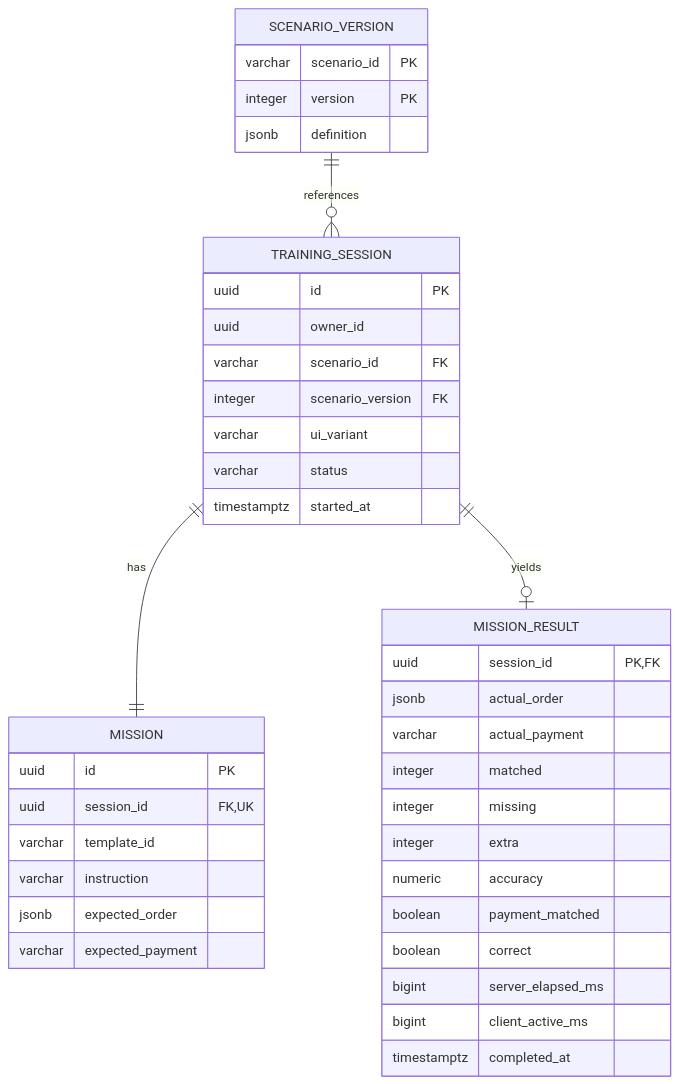
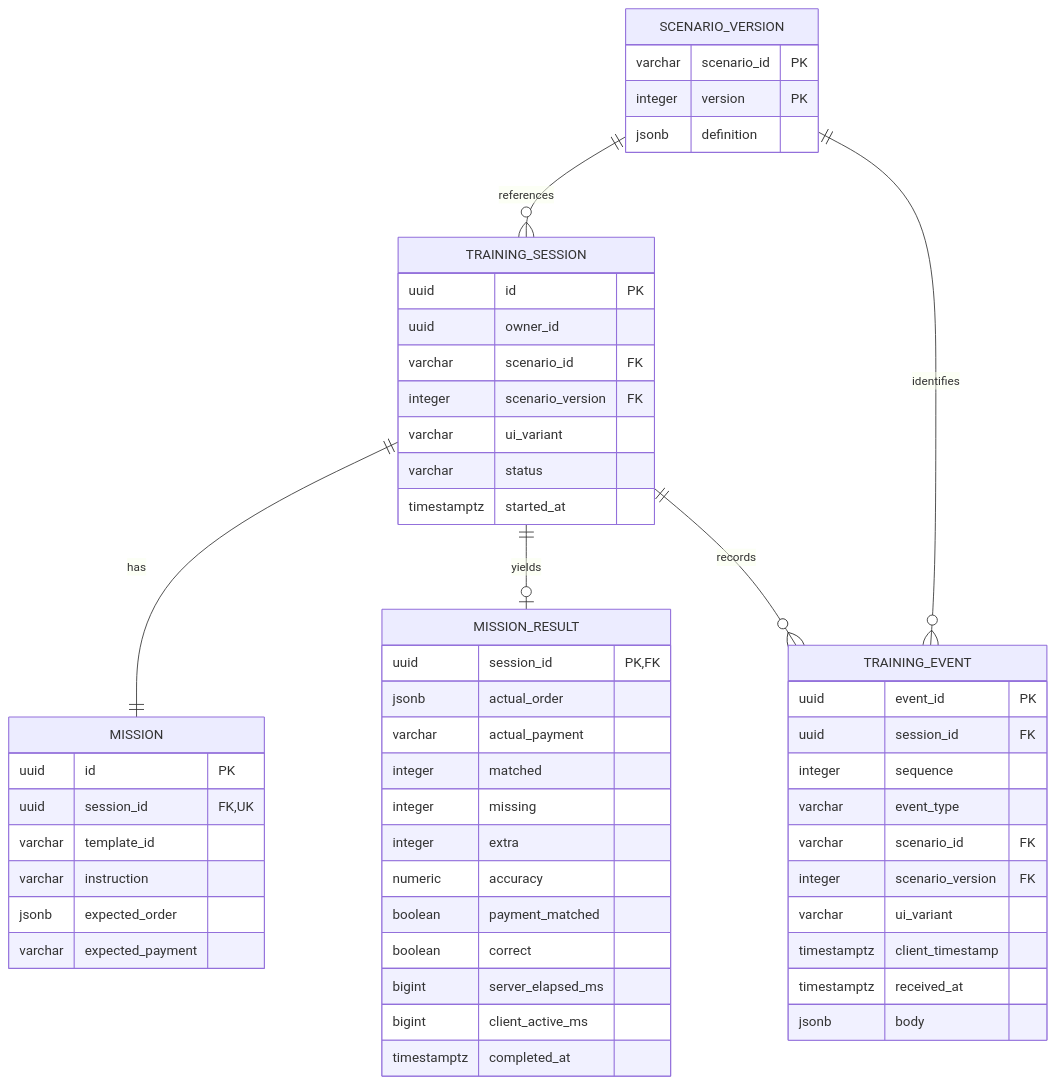
One commit to ElephantAnthony/kiosk-web changed the diagram in docs/design/ERD.md. Above: the diagram before and after it, drawn with Mermaid. The commit also changed other lines of this file and 10 other files, not shown here.

````diff
--- a/docs/design/ERD.md
+++ b/docs/design/ERD.md
@@ -3,42 +3,56 @@
 ```mermaid
 erDiagram
     SCENARIO_VERSION ||--o{ TRAINING_SESSION : references
     TRAINING_SESSION ||--|| MISSION : has
     TRAINING_SESSION ||--o| MISSION_RESULT : yields
+    TRAINING_SESSION ||--o{ TRAINING_EVENT : records
+    SCENARIO_VERSION ||--o{ TRAINING_EVENT : identifies
     SCENARIO_VERSION {
         varchar scenario_id PK
         integer version PK
         jsonb definition
     }
     TRAINING_SESSION {
         uuid id PK
         uuid owner_id
         varchar scenario_id FK
         integer scenario_version FK
         varchar ui_variant
         varchar status
         timestamptz started_at
     }
     MISSION {
         uuid id PK
         uuid session_id FK,UK
         varchar template_id
         varchar instruction
         jsonb expected_order
         varchar expected_payment
     }
     MISSION_RESULT {
         uuid session_id PK,FK
         jsonb actual_order
         varchar actual_payment
         integer matched
         integer missing
         integer extra
         numeric accuracy
         boolean payment_matched
         boolean correct
         bigint server_elapsed_ms
         bigint client_active_ms
         timestamptz completed_at
     }
+    TRAINING_EVENT {
+        uuid event_id PK
+        uuid session_id FK
+        integer sequence
+        varchar event_type
+        varchar scenario_id FK
+        integer scenario_version FK
+        varchar ui_variant
+        timestamptz client_timestamp
+        timestamptz received_at
+        jsonb body
+    }
 ```
````
